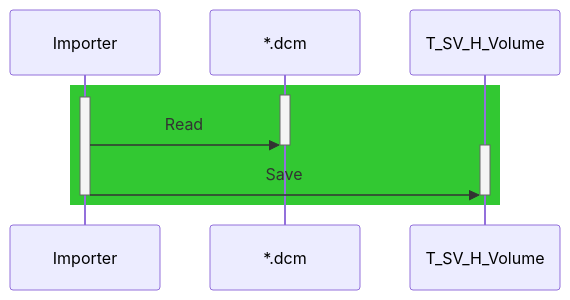
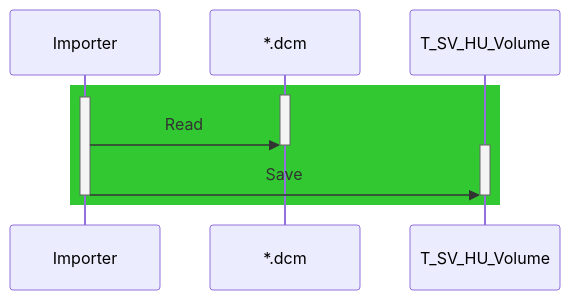
One commit to brugr9/UEPluginVolumeCreator changed the first of 7 diagrams in README.md. Above: the diagram before and after it, drawn with Mermaid. The commit also changed other lines of this file, not shown here.

````diff
--- a/README.md
+++ b/README.md
@@ -151,13 +151,13 @@
 ```mermaid
 sequenceDiagram
   rect rgb(50, 200, 50)
   activate *.dcm
   activate Importer
   Importer->>*.dcm: Read
-  activate T_SV_H_Volume
+  activate T_SV_HU_Volume
   deactivate *.dcm
-  Importer->>T_SV_H_Volume: Save
+  Importer->>T_SV_HU_Volume: Save
   deactivate Importer
-  deactivate T_SV_H_Volume
+  deactivate T_SV_HU_Volume
   end
 ```
````
